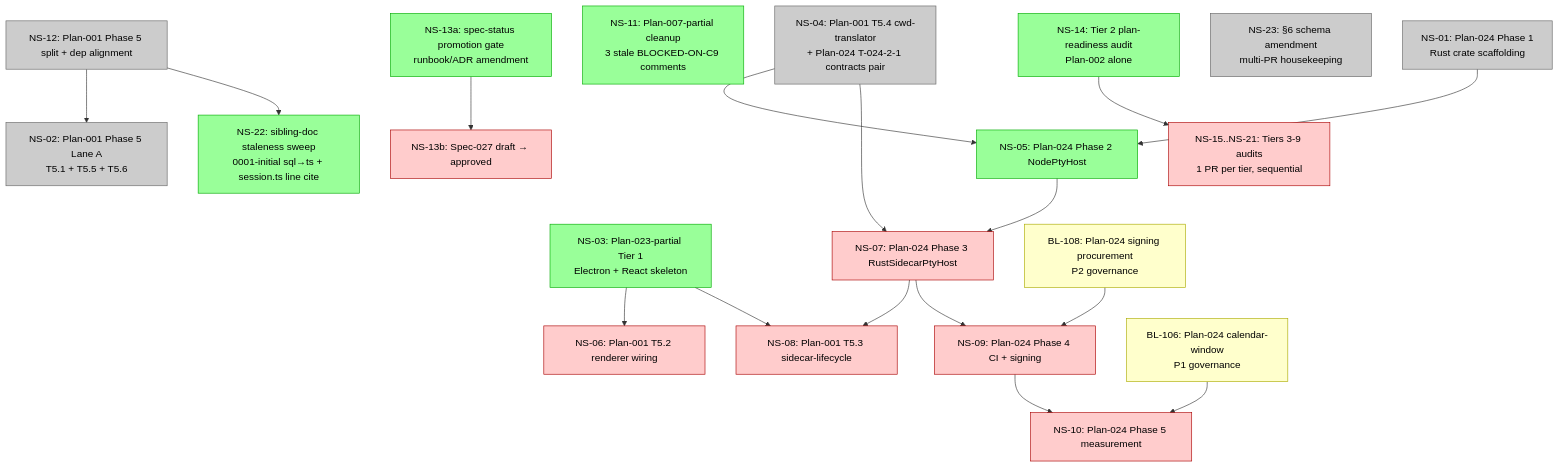
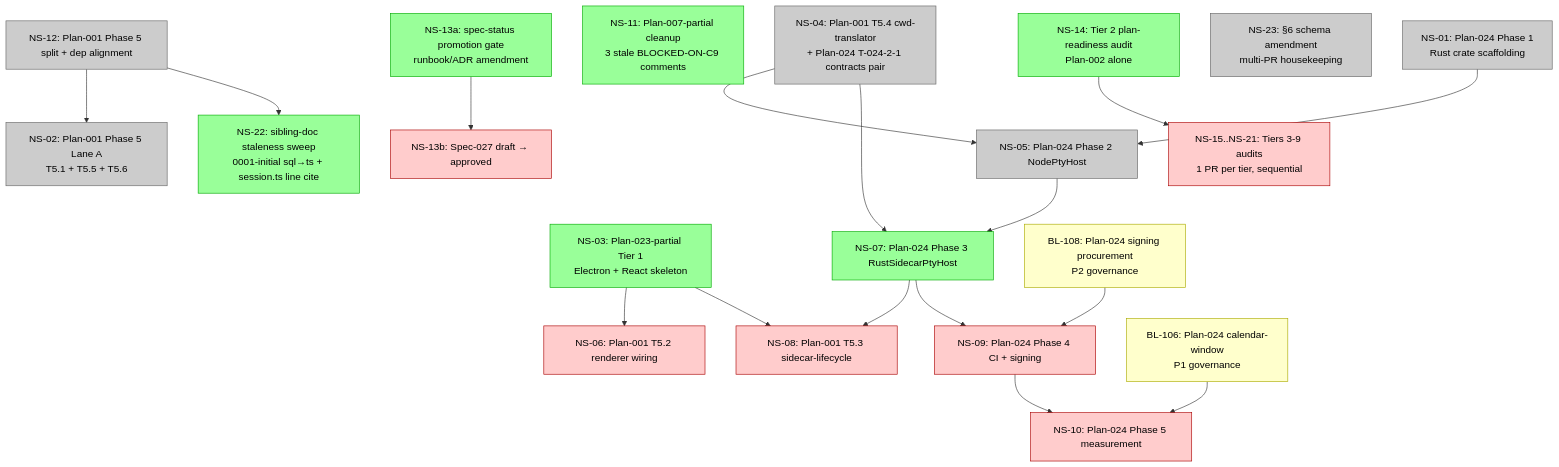
One commit to Sawmonabo/ai-sidekicks changed the diagram in docs/architecture/cross-plan-dependencies.md. Above: the diagram before and after it, drawn with Mermaid. The commit also changed other lines of this file and 1 other file, not shown here.

````diff
--- a/docs/architecture/cross-plan-dependencies.md
+++ b/docs/architecture/cross-plan-dependencies.md
@@ -282,56 +282,56 @@
 ```mermaid
 graph TB
   %% READY (no upstream NS-XX blockers, or all upstream satisfied)
   NS01[NS-01: Plan-024 Phase 1<br/>Rust crate scaffolding]:::completed
   NS02[NS-02: Plan-001 Phase 5 Lane A<br/>T5.1 + T5.5 + T5.6]:::completed
   NS03[NS-03: Plan-023-partial Tier 1<br/>Electron + React skeleton]:::ready
   NS04[NS-04: Plan-001 T5.4 cwd-translator<br/>+ Plan-024 T-024-2-1 contracts pair]:::completed
   NS11[NS-11: Plan-007-partial cleanup<br/>3 stale BLOCKED-ON-C9 comments]:::ready
   NS13a[NS-13a: spec-status promotion gate<br/>runbook/ADR amendment]:::ready
   NS14[NS-14: Tier 2 plan-readiness audit<br/>Plan-002 alone]:::ready
   NS22[NS-22: sibling-doc staleness sweep<br/>0001-initial sql→ts + session.ts line cite]:::ready
   NS23[NS-23: §6 schema amendment<br/>multi-PR housekeeping]:::completed
-  NS05[NS-05: Plan-024 Phase 2 NodePtyHost]:::ready
+  NS05[NS-05: Plan-024 Phase 2 NodePtyHost]:::completed
+  NS07[NS-07: Plan-024 Phase 3 RustSidecarPtyHost]:::ready
 
   %% BLOCKED
   NS06[NS-06: Plan-001 T5.2 renderer wiring]:::blocked
-  NS07[NS-07: Plan-024 Phase 3 RustSidecarPtyHost]:::blocked
   NS08[NS-08: Plan-001 T5.3 sidecar-lifecycle]:::blocked
   NS09[NS-09: Plan-024 Phase 4 CI + signing]:::blocked
   NS10[NS-10: Plan-024 Phase 5 measurement]:::blocked
   NS13b[NS-13b: Spec-027 draft → approved]:::blocked
   NS15[NS-15..NS-21: Tiers 3-9 audits<br/>1 PR per tier, sequential]:::blocked
 
   %% COMPLETED
   NS12[NS-12: Plan-001 Phase 5 split + dep alignment]:::completed
 
   %% EXISTING BACKLOG (governance)
   BL106[BL-106: Plan-024 calendar-window<br/>P1 governance]:::governance
   BL108[BL-108: Plan-024 signing procurement<br/>P2 governance]:::governance
 
   %% Code track edges
   NS12 --> NS02
   NS12 --> NS22
   NS01 --> NS05
   NS04 --> NS05
   NS04 --> NS07
   NS05 --> NS07
   NS03 --> NS06
   NS03 --> NS08
   NS07 --> NS08
   NS07 --> NS09
   BL108 --> NS09
   NS09 --> NS10
   BL106 --> NS10
 
   %% Governance chain
   NS13a --> NS13b
 
   %% Audit chain
   NS14 --> NS15
 
   classDef ready fill:#9f9,stroke:#0a0,color:#000
   classDef blocked fill:#fcc,stroke:#a00,color:#000
   classDef completed fill:#ccc,stroke:#666,color:#000
   classDef governance fill:#ffc,stroke:#aa0,color:#000
 ```
````
